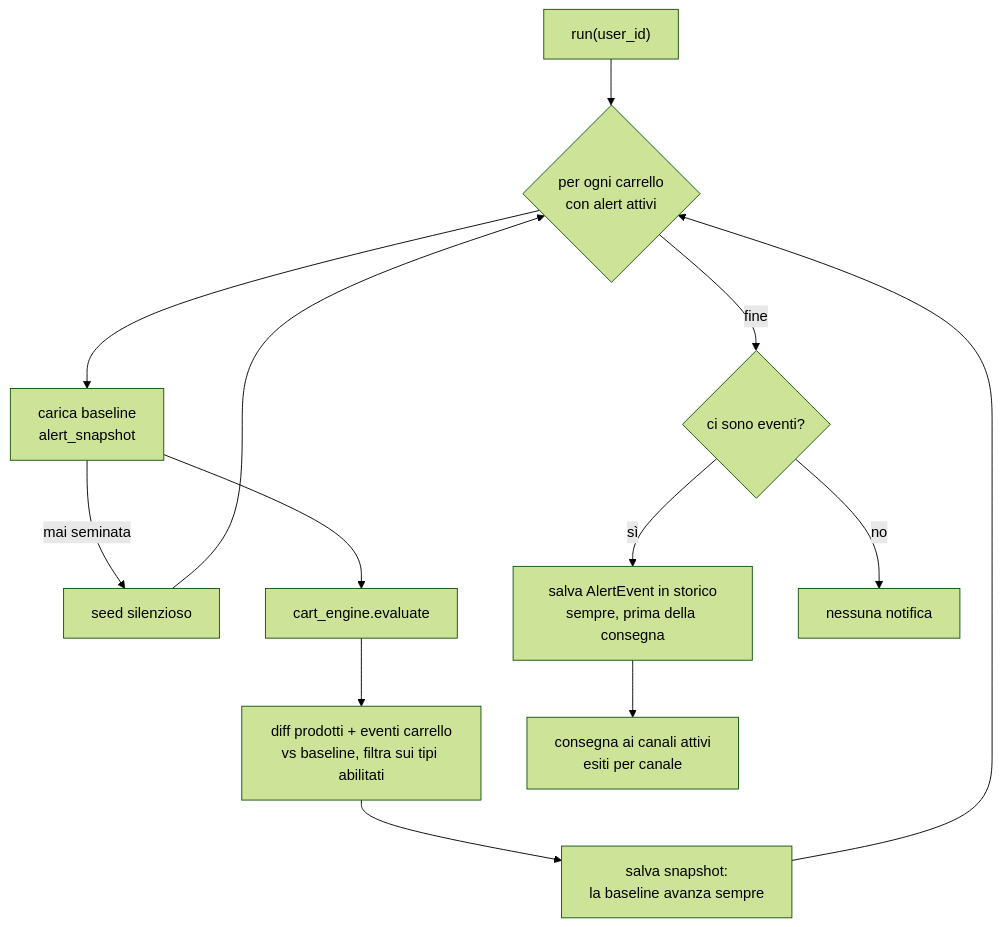
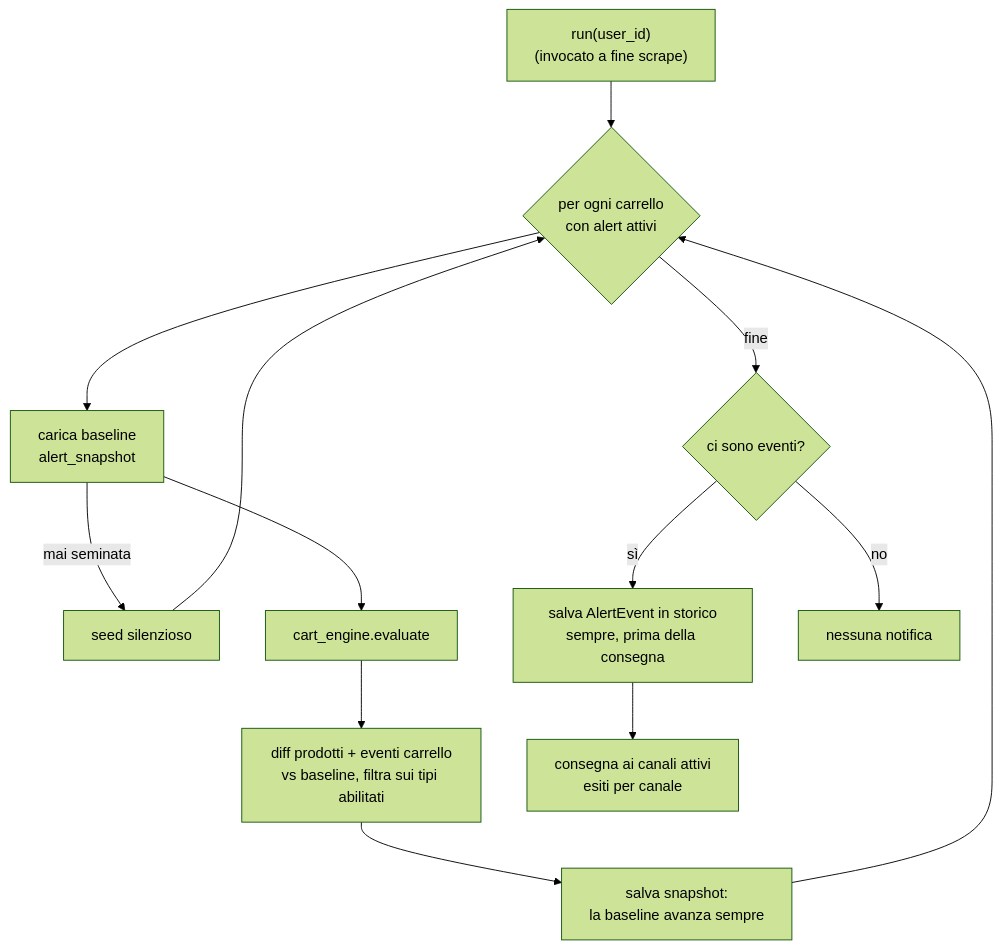
Before and after one commit to caporalesimone/watch-em-all: the diagram in docs-ita/4-capabilities/core/alert-engine.md, drawn with Mermaid (forest theme). The commit also changed other lines of this file and 34 other files, not shown here.

````diff
--- a/docs-ita/4-capabilities/core/alert-engine.md
+++ b/docs-ita/4-capabilities/core/alert-engine.md
@@ -9,13 +9,13 @@
 ```mermaid
 flowchart TD
-    START["run(user_id)"] --> LOOP{per ogni carrello<br/>con alert attivi}
+    START["run(user_id)<br/>(invocato a fine scrape)"] --> LOOP{per ogni carrello<br/>con alert attivi}
     LOOP --> SNAP[carica baseline<br/>alert_snapshot]
     SNAP -->|mai seminata| SEED[seed silenzioso] --> LOOP
     SNAP --> EVAL[cart_engine.evaluate]
     EVAL --> DIFF[diff prodotti + eventi carrello<br/>vs baseline, filtra sui tipi abilitati]
     DIFF --> ADV[salva snapshot:<br/>la baseline avanza sempre] --> LOOP
     LOOP -->|fine| AGG{ci sono eventi?}
     AGG -->|sì| LOG[salva AlertEvent in storico<br/>sempre, prima della consegna]
     LOG --> DISP[consegna ai canali attivi<br/>esiti per canale]
     AGG -->|no| END[nessuna notifica]
 ```
````
